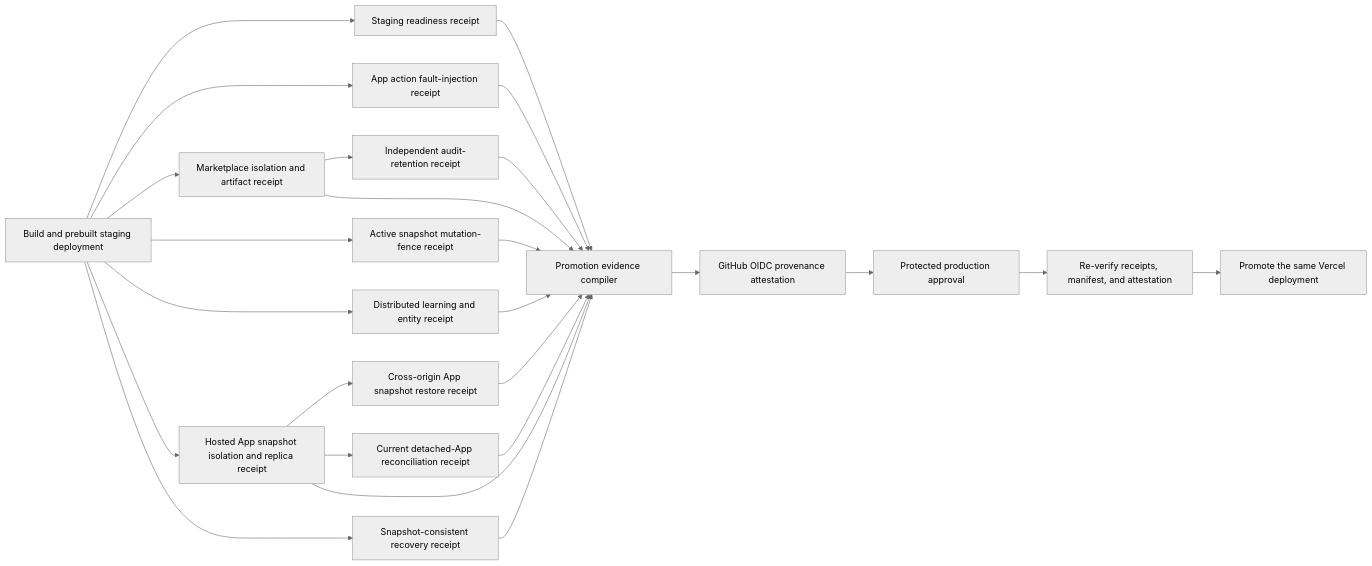
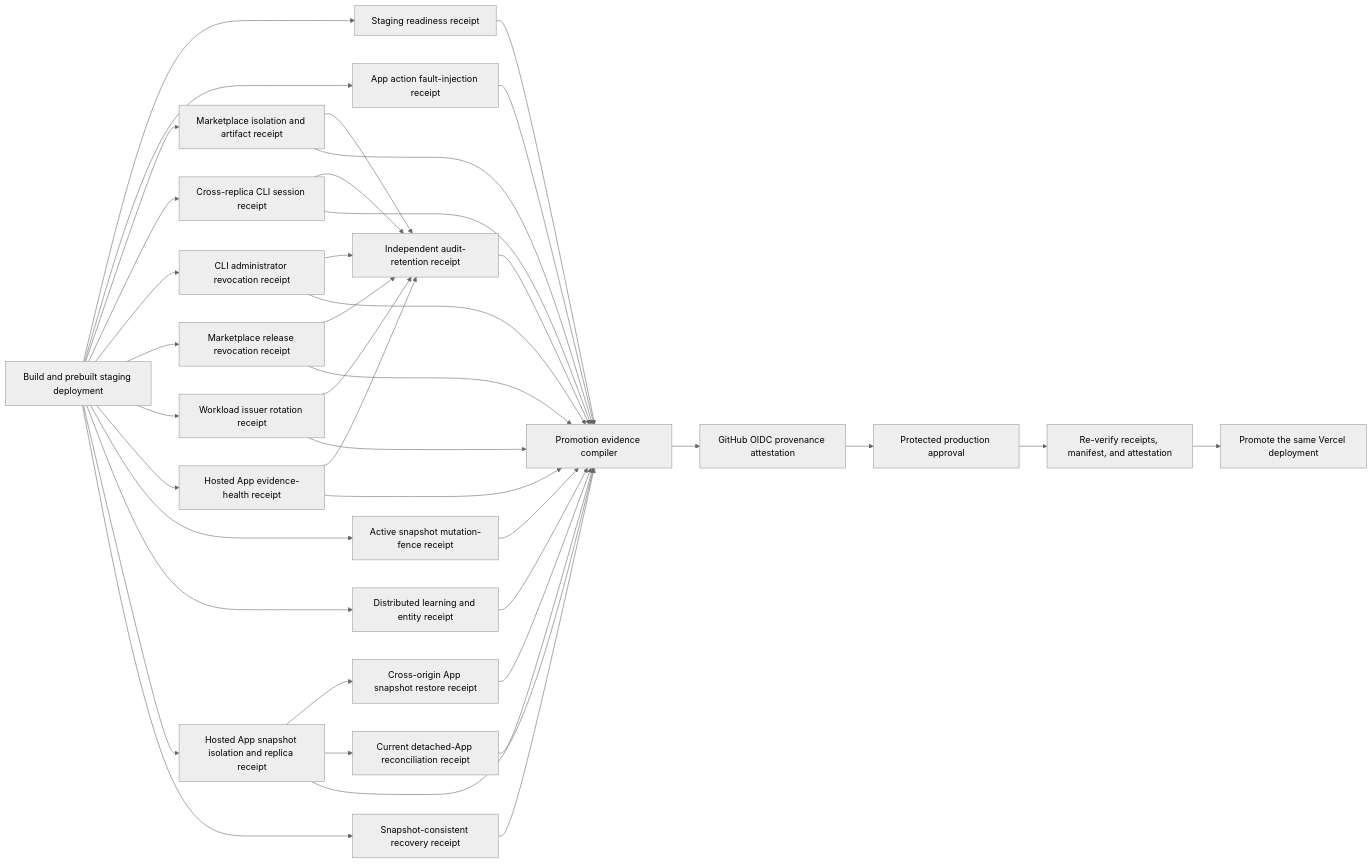
The diagram in docs/PRODUCTION-PROMOTION-EVIDENCE.md (mrrkrieg/loopgraph), drawn with Mermaid (neutral theme) before and after one commit. The commit also changed other lines of this file and 144 other files, not shown here.

First line of the commit message:
Require App evidence health for promotion (#185)

````diff
--- a/docs/PRODUCTION-PROMOTION-EVIDENCE.md
+++ b/docs/PRODUCTION-PROMOTION-EVIDENCE.md
@@ -8,27 +8,42 @@
 ```mermaid
 flowchart LR
   V["Build and prebuilt staging deployment"] --> S["Staging readiness receipt"]
   V --> F["App action fault-injection receipt"]
   V --> M["Marketplace isolation and artifact receipt"]
+  V --> U["Cross-replica CLI session receipt"]
+  V --> J["CLI administrator revocation receipt"]
+  V --> K["Marketplace release revocation receipt"]
+  V --> W["Workload issuer rotation receipt"]
+  V --> D["Hosted App evidence-health receipt"]
   V --> Q["Active snapshot mutation-fence receipt"]
   V --> L["Distributed learning and entity receipt"]
   V --> H["Hosted App snapshot isolation and replica receipt"]
   H --> B["Cross-origin App snapshot restore receipt"]
   H --> C["Current detached-App reconciliation receipt"]
   V --> R["Snapshot-consistent recovery receipt"]
   M --> A["Independent audit-retention receipt"]
+  D --> A
+  U --> A
+  J --> A
+  K --> A
+  W --> A
   S --> E["Promotion evidence compiler"]
   F --> E
   M --> E
+  U --> E
+  J --> E
+  K --> E
+  W --> E
+  D --> E
   Q --> E
   L --> E
   H --> E
   B --> E
   C --> E
   R --> E
   A --> E
   E --> T["GitHub OIDC provenance attestation"]
   T --> P["Protected production approval"]
   P --> X["Re-verify receipts, manifest, and attestation"]
   X --> Y["Promote the same Vercel deployment"]
 ```
````
